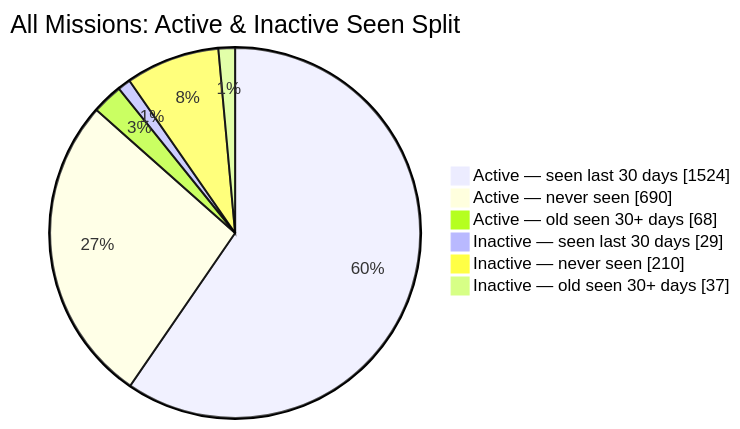
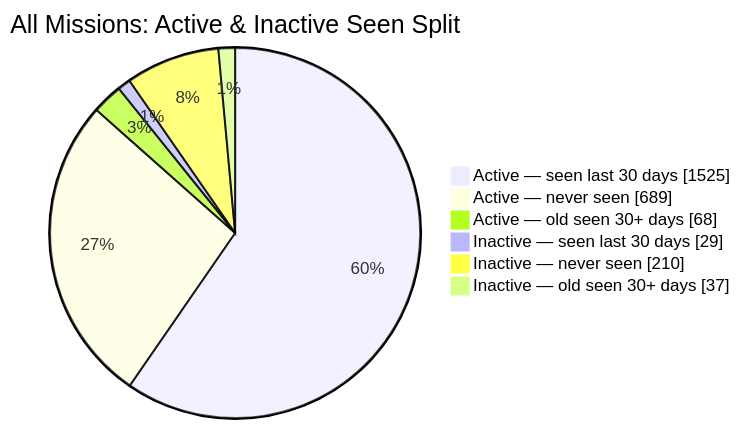
The second of 2 diagrams in README.md (MeldkamerspelGameTeam/active-missions), drawn with Mermaid before and after one commit. The commit also changed other lines of this file and 2 other files, not shown here.

````diff
--- a/README.md
+++ b/README.md
@@ -44,10 +44,10 @@
 ```mermaid
 pie showData
     title All Missions: Active & Inactive Seen Split
-    "Active — seen last 30 days" : 1524
-    "Active — never seen" : 690
+    "Active — seen last 30 days" : 1525
+    "Active — never seen" : 689
     "Active — old seen 30+ days" : 68
     "Inactive — seen last 30 days" : 29
     "Inactive — never seen" : 210
     "Inactive — old seen 30+ days" : 37
 ```
````
